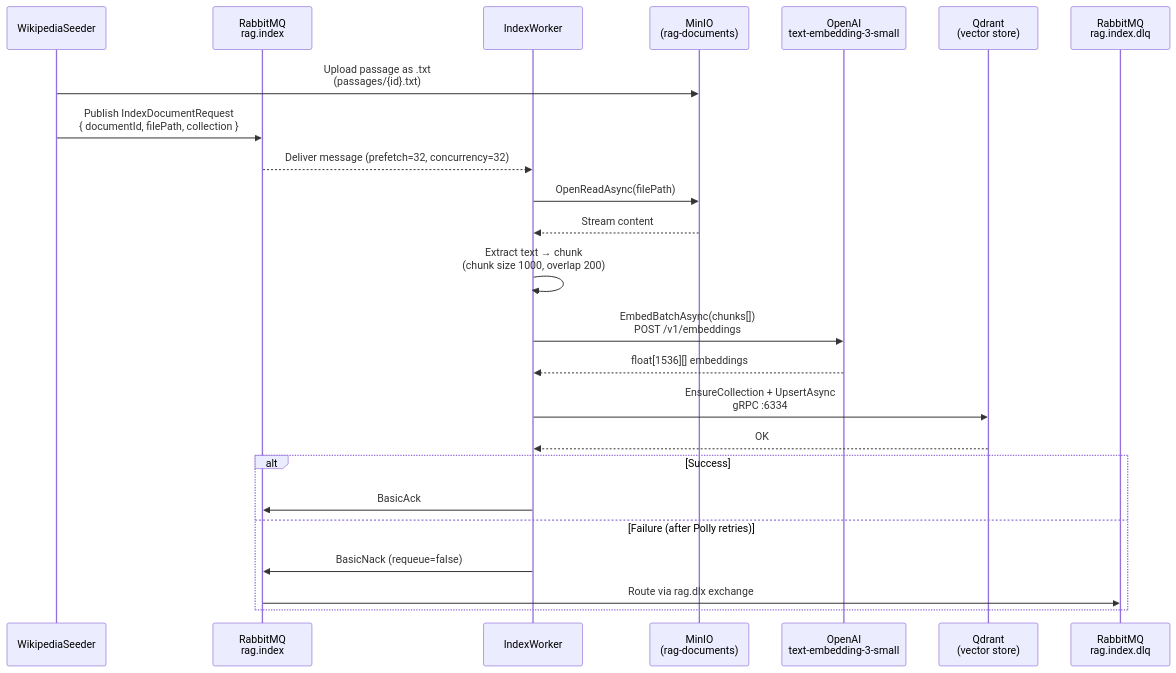
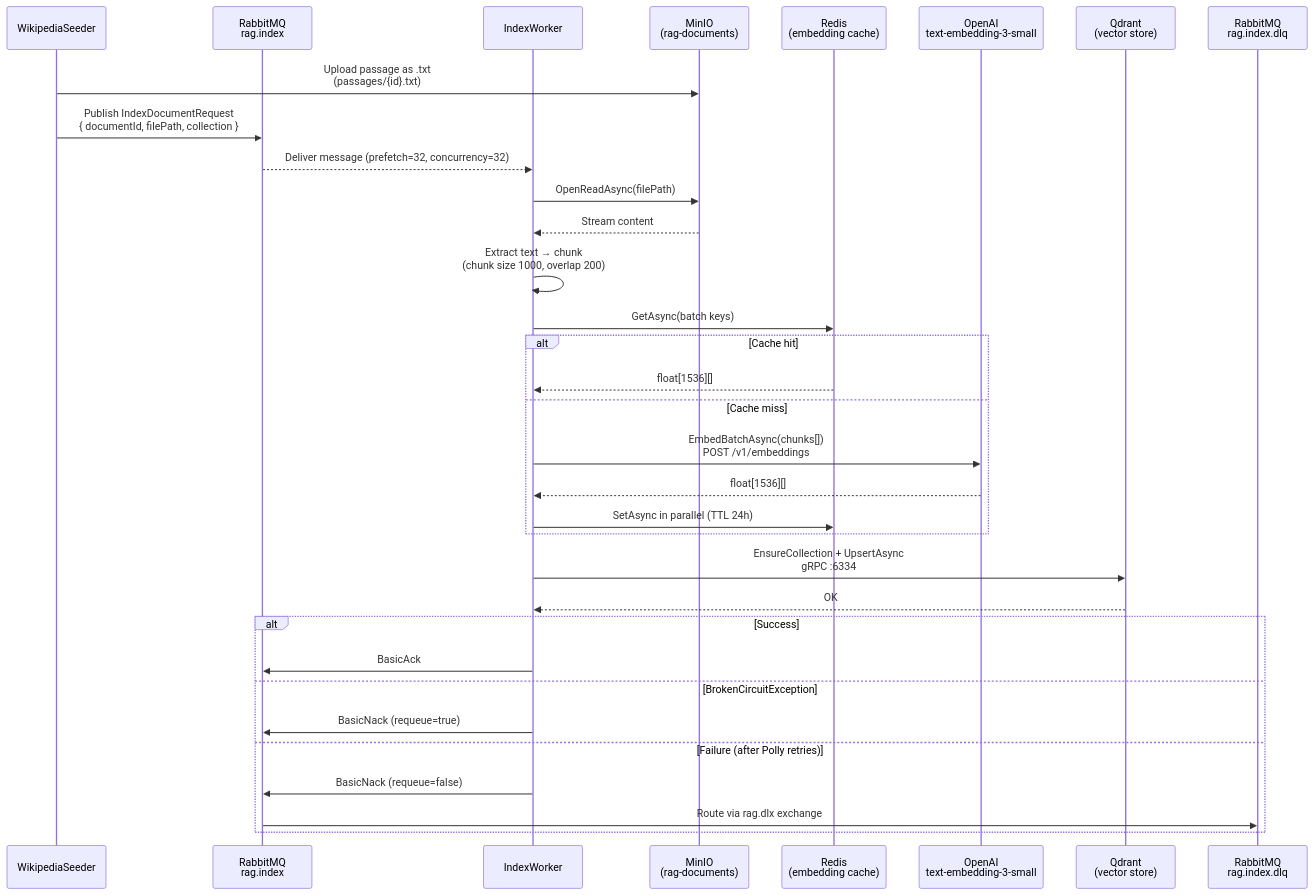
One commit to mustafagoktugibolar/RagService changed the first of 3 diagrams in README.md. Above: the diagram before and after it, drawn with Mermaid. The commit also changed other lines of this file and 14 other files, not shown here.

Commit message:
explicit Qdrant HTTP port, Redis Docker host, native payload filtering, parallel cache writes, requeue on circuit open

````diff
--- a/README.md
+++ b/README.md
@@ -9,33 +9,42 @@
 ```mermaid
 sequenceDiagram
     participant S as WikipediaSeeder
     participant MQ as RabbitMQ<br/>rag.index
     participant IW as IndexWorker
     participant MS as MinIO<br/>(rag-documents)
+    participant RD as Redis<br/>(embedding cache)
     participant OAI as OpenAI<br/>text-embedding-3-small
     participant QD as Qdrant<br/>(vector store)
     participant DLQ as RabbitMQ<br/>rag.index.dlq
 
     S->>MS: Upload passage as .txt<br/>(passages/{id}.txt)
     S->>MQ: Publish IndexDocumentRequest<br/>{ documentId, filePath, collection }
 
     MQ-->>IW: Deliver message (prefetch=32, concurrency=32)
 
     IW->>MS: OpenReadAsync(filePath)
     MS-->>IW: Stream content
 
     IW->>IW: Extract text → chunk<br/>(chunk size 1000, overlap 200)
 
-    IW->>OAI: EmbedBatchAsync(chunks[])<br/>POST /v1/embeddings
-    OAI-->>IW: float[1536][] embeddings
+    IW->>RD: GetAsync(batch keys)
+    alt Cache hit
+        RD-->>IW: float[1536][]
+    else Cache miss
+        IW->>OAI: EmbedBatchAsync(chunks[])<br/>POST /v1/embeddings
+        OAI-->>IW: float[1536][]
+        IW->>RD: SetAsync in parallel (TTL 24h)
+    end
 
     IW->>QD: EnsureCollection + UpsertAsync<br/>gRPC :6334
     QD-->>IW: OK
 
     alt Success
         IW->>MQ: BasicAck
+    else BrokenCircuitException
+        IW->>MQ: BasicNack (requeue=true)
     else Failure (after Polly retries)
         IW->>MQ: BasicNack (requeue=false)
         MQ->>DLQ: Route via rag.dlx exchange
     end
 ```
````
